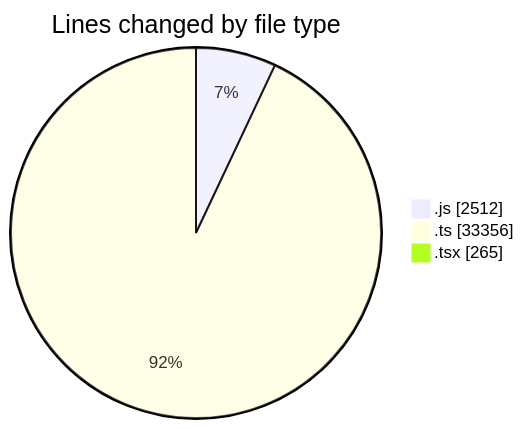
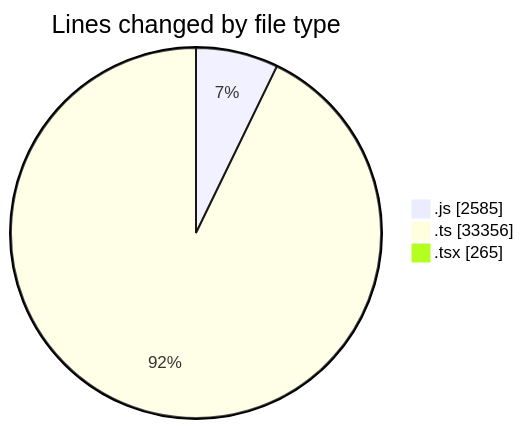
The first of 2 diagrams in 2026-02-09/cda/README.md (momahboobian/code-tracking), drawn with Mermaid before and after one commit. The commit also changed other lines of this file and 1 other file, not shown here.

````diff
--- a/2026-02-09/cda/README.md
+++ b/2026-02-09/cda/README.md
@@ -38,7 +38,7 @@
 ```mermaid
 pie showData
 title Lines changed by file type
-".js" : 2512
+".js" : 2585
 ".ts" : 33356
 ".tsx" : 265
 ```
````
